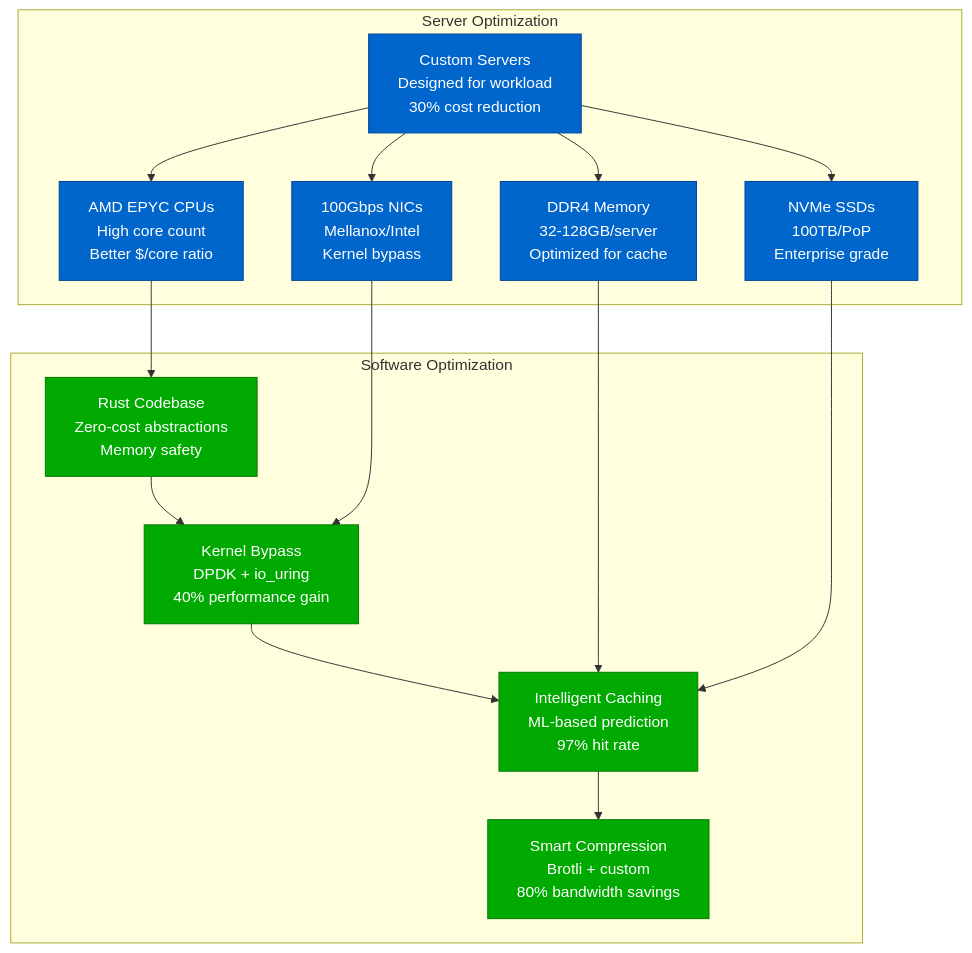
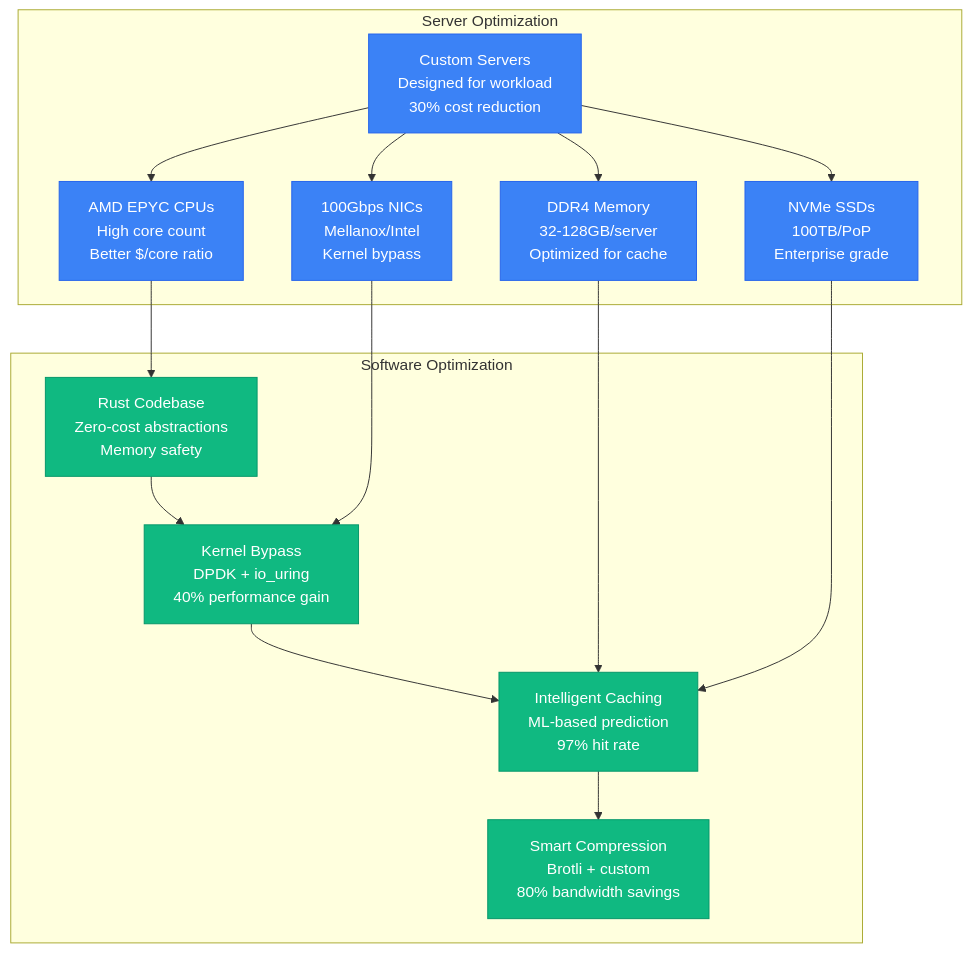
One commit to deepaucksharma/DS changed the fifth of 8 diagrams in site/docs/systems/cloudflare/cost-breakdown.md. Above: the diagram before and after it, drawn with Mermaid. The commit also changed other lines of this file and 303 other files, not shown here.

````diff
--- a/site/docs/systems/cloudflare/cost-breakdown.md
+++ b/site/docs/systems/cloudflare/cost-breakdown.md
@@ -232,39 +232,39 @@
 ```mermaid
 graph TB
     subgraph "Server Optimization"
         CUSTOM[Custom Servers<br/>Designed for workload<br/>30% cost reduction]
         CPU[AMD EPYC CPUs<br/>High core count<br/>Better $/core ratio]
         MEMORY[DDR4 Memory<br/>32-128GB/server<br/>Optimized for cache]
         STORAGE[NVMe SSDs<br/>100TB/PoP<br/>Enterprise grade]
         NETWORK[100Gbps NICs<br/>Mellanox/Intel<br/>Kernel bypass]
 
         CUSTOM --> CPU
         CUSTOM --> MEMORY
         CUSTOM --> STORAGE
         CUSTOM --> NETWORK
     end
 
     subgraph "Software Optimization"
         RUST[Rust Codebase<br/>Zero-cost abstractions<br/>Memory safety]
         KERNEL[Kernel Bypass<br/>DPDK + io_uring<br/>40% performance gain]
         CACHE[Intelligent Caching<br/>ML-based prediction<br/>97% hit rate]
         COMPRESSION[Smart Compression<br/>Brotli + custom<br/>80% bandwidth savings]
 
         RUST --> KERNEL
         KERNEL --> CACHE
         CACHE --> COMPRESSION
     end
 
     %% Optimization relationships
     CPU --> RUST
     MEMORY --> CACHE
     STORAGE --> CACHE
     NETWORK --> KERNEL
 
     %% Apply optimization colors
-    classDef hardwareStyle fill:#0066CC,stroke:#004499,color:#fff
-    classDef softwareStyle fill:#00AA00,stroke:#007700,color:#fff
+    classDef hardwareStyle fill:#3B82F6,stroke:#2563EB,color:#fff
+    classDef softwareStyle fill:#10B981,stroke:#059669,color:#fff
 
     class CUSTOM,CPU,MEMORY,STORAGE,NETWORK hardwareStyle
     class RUST,KERNEL,CACHE,COMPRESSION softwareStyle
 ```
````
